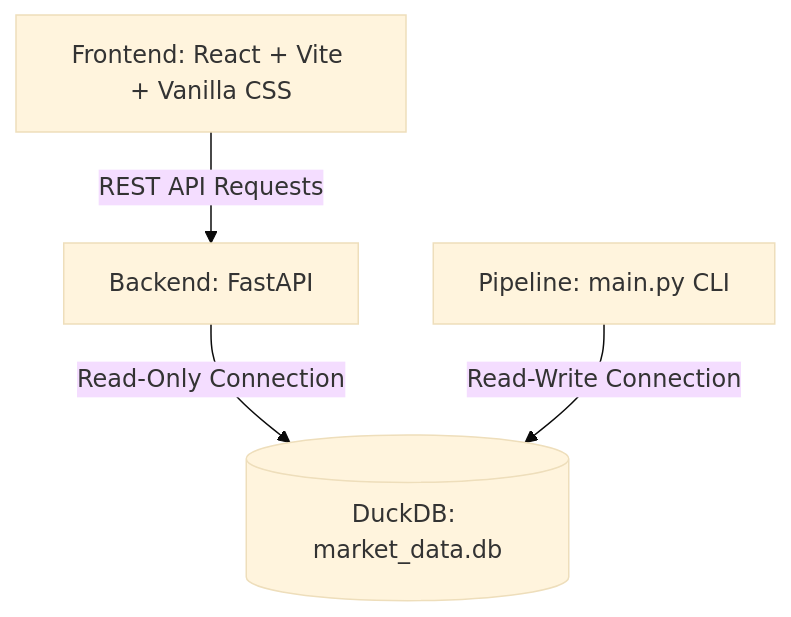
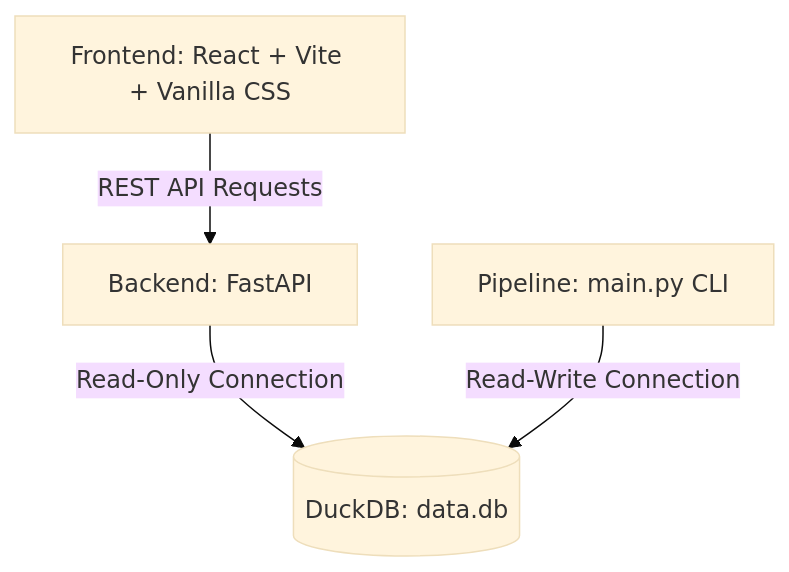
Before and after one commit to linli2016/pivottrader: the first of 2 diagrams in docs/web_app_design.md, drawn with Mermaid (base theme). The commit also changed other lines of this file and 2 other files, not shown here.

Commit message:
Update documentation database references to data.db and sync requirements file removal

````diff
--- a/docs/web_app_design.md
+++ b/docs/web_app_design.md
@@ -16,6 +16,6 @@
 ```mermaid
 graph TD
     UI[Frontend: React + Vite + Vanilla CSS] -->|REST API Requests| API[Backend: FastAPI]
-    API -->|Read-Only Connection| DB[(DuckDB: market_data.db)]
+    API -->|Read-Only Connection| DB[(DuckDB: data.db)]
     Screen[Pipeline: main.py CLI] -->|Read-Write Connection| DB
 ```
````
